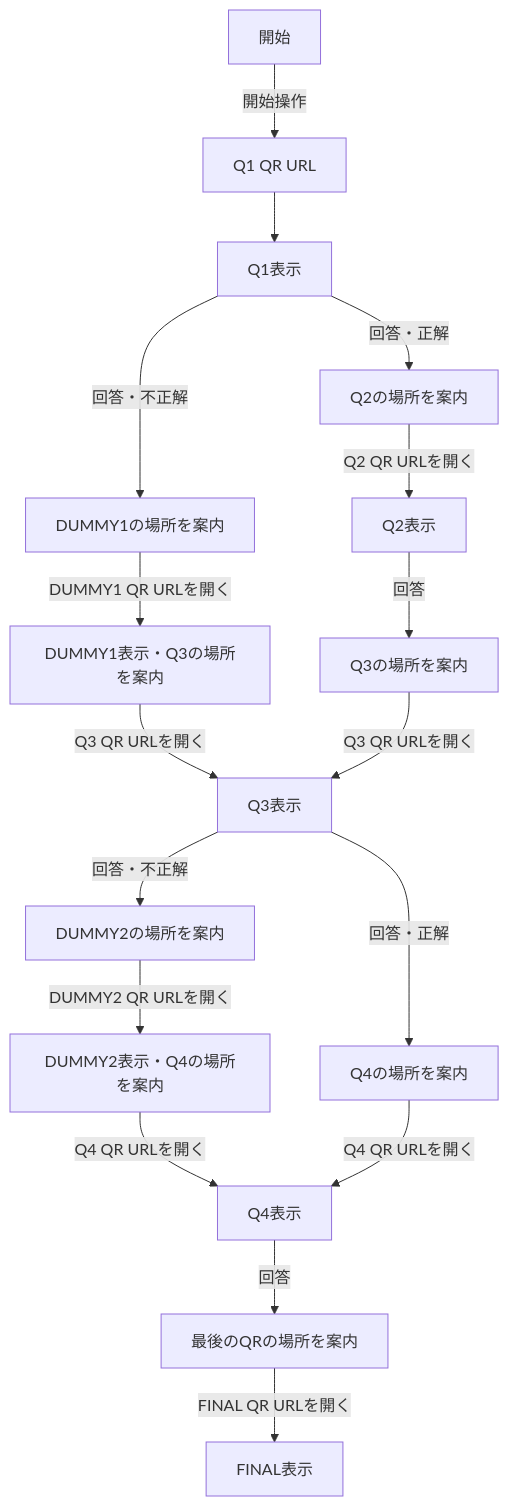
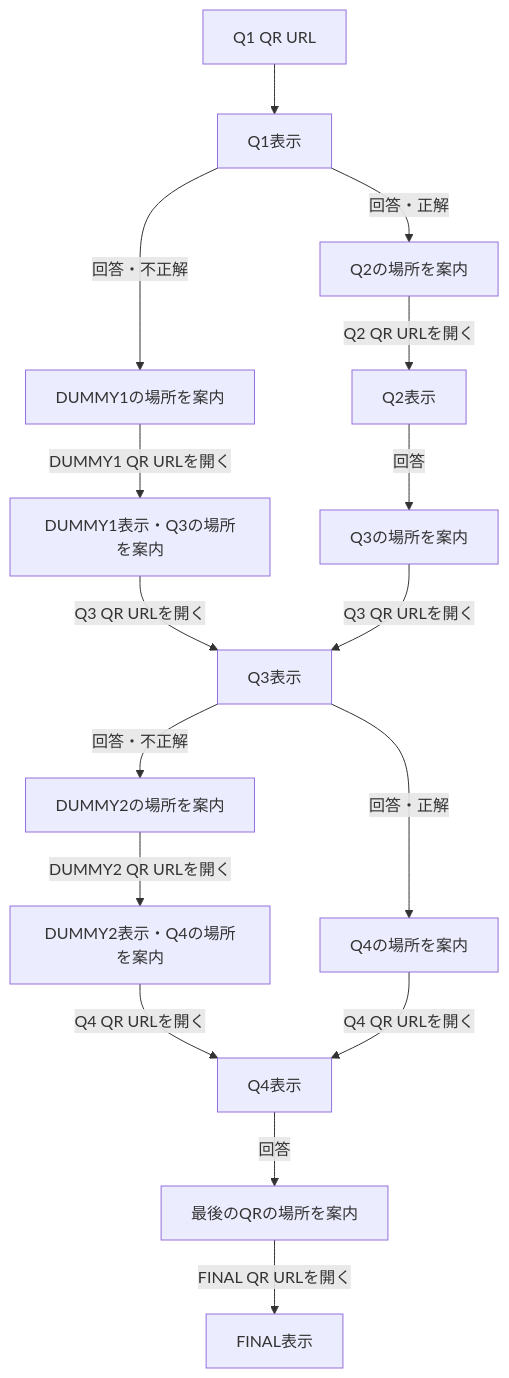
Before and after one commit to kanekonaokisu-cyber/proposal_game_v2: the diagram in doc/implementation_design.md, drawn with Mermaid. The commit also changed other lines of this file and 3 other files, not shown here.

````diff
--- a/doc/implementation_design.md
+++ b/doc/implementation_design.md
@@ -74,19 +74,18 @@
 ```mermaid
 flowchart TD
-    Start[開始] -->|開始操作| Q1QR[Q1 QR URL]
-    Q1QR --> Q1[Q1表示]
+    Q1QR[Q1 QR URL] --> Q1[Q1表示]
     Q1 -->|回答・正解| GuideQ2[Q2の場所を案内]
     Q1 -->|回答・不正解| GuideD1[DUMMY1の場所を案内]
     GuideQ2 -->|Q2 QR URLを開く| Q2[Q2表示]
     GuideD1 -->|DUMMY1 QR URLを開く| D1[DUMMY1表示・Q3の場所を案内]
     D1 -->|Q3 QR URLを開く| Q3[Q3表示]
     Q2 -->|回答| GuideQ3[Q3の場所を案内]
     GuideQ3 -->|Q3 QR URLを開く| Q3
     Q3 -->|回答・正解| GuideQ4[Q4の場所を案内]
     Q3 -->|回答・不正解| GuideD2[DUMMY2の場所を案内]
     GuideD2 -->|DUMMY2 QR URLを開く| D2[DUMMY2表示・Q4の場所を案内]
     D2 -->|Q4 QR URLを開く| Q4[Q4表示]
     GuideQ4 -->|Q4 QR URLを開く| Q4
     Q4 -->|回答| GuideFinal[最後のQRの場所を案内]
     GuideFinal -->|FINAL QR URLを開く| Final[FINAL表示]
 ```
````
